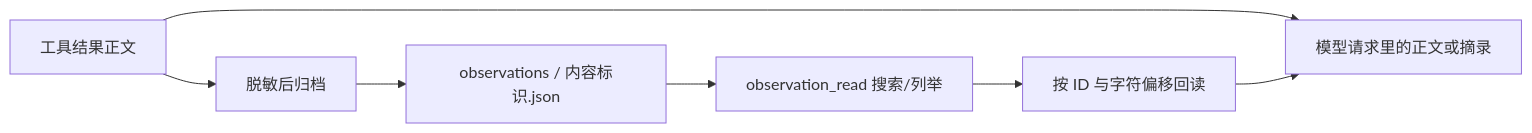
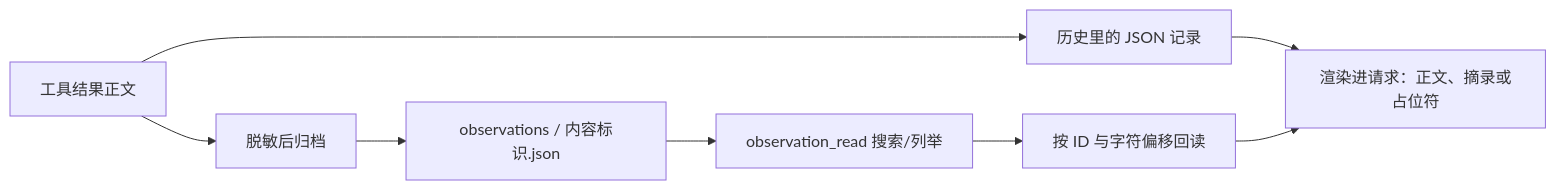
The diagram in docs/learning/07-context-archives.md (prossiblezero/Aster), drawn with Mermaid before and after one commit. The commit also changed other lines of this file and 7 other files, not shown here.

````diff
--- a/docs/learning/07-context-archives.md
+++ b/docs/learning/07-context-archives.md
@@ -25,9 +25,10 @@
 ```mermaid
 flowchart LR
     T[工具结果正文] --> A[脱敏后归档]
     A --> D[observations / 内容标识.json]
-    T --> P[模型请求里的正文或摘录]
+    T --> H[历史里的 JSON 记录]
+    H --> P[渲染进请求：正文、摘录或占位符]
     D --> S[observation_read 搜索/列举]
     S --> R[按 ID 与字符偏移回读]
     R --> P
 ```
````
